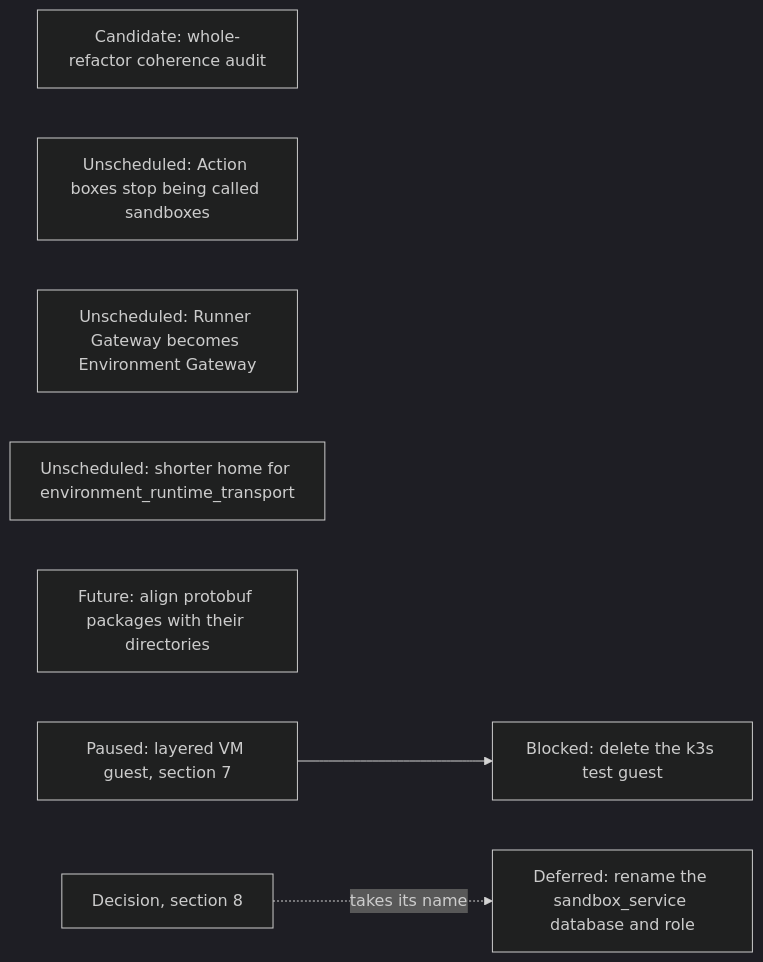
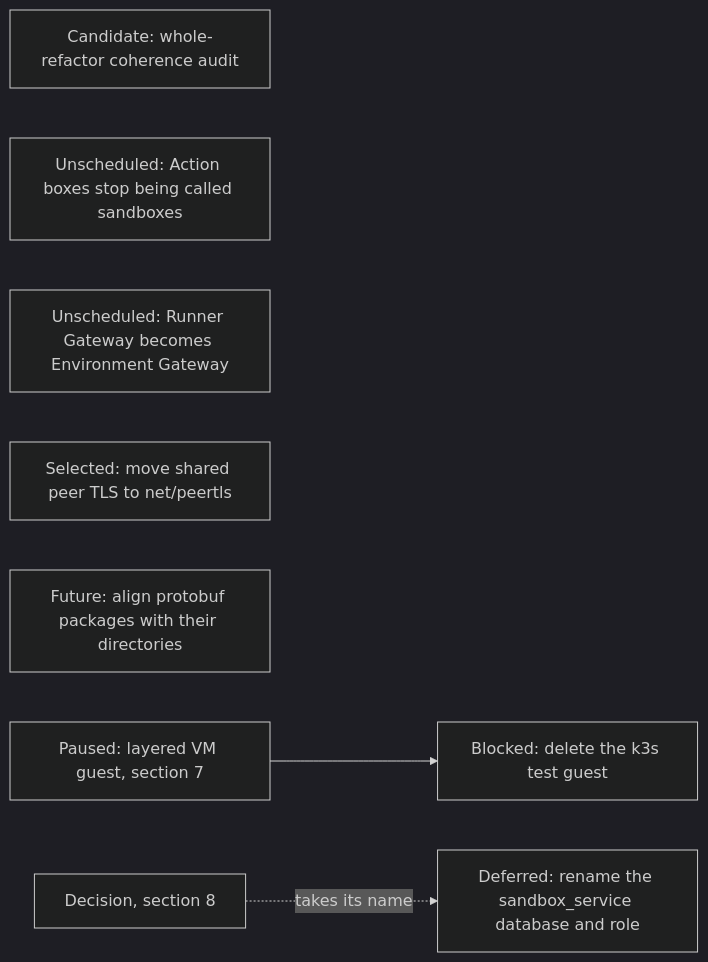
Diagram 17 of 18 in agentplane/plans/task_dag.md (agentydragon/ducktape), drawn with Mermaid (dark theme) before and after one commit. The commit also changed other lines of this file and 205 other files, not shown here.

Commit message:
agentplane: move shared peer TLS into net/peertls

````diff
--- a/agentplane/plans/task_dag.md
+++ b/agentplane/plans/task_dag.md
@@ -3678,10 +3678,10 @@
 ```mermaid
 flowchart LR
     REFACTOR_COHERENCE_AUDIT[Candidate: whole-refactor coherence audit]
     ACTION_BOX_RENAME[Unscheduled: Action boxes stop being called sandboxes]
     RUNNER_GATEWAY_RENAME[Unscheduled: Runner Gateway becomes Environment Gateway]
-    TRANSPORT_PACKAGE_RENAME[Unscheduled: shorter home for environment_runtime_transport]
+    TRANSPORT_PACKAGE_RENAME[Selected: move shared peer TLS to net/peertls]
     PROTO_PACKAGE_ALIGNMENT[Future: align protobuf packages with their directories]
     RUNNER_LAYERING_VM[Paused: layered VM guest, section 7] --> K3S_TEST_GUEST_RETIRE[Blocked: delete the k3s test guest]
     HISTORY_SERVICE_RENAME[Decision, section 8] -. takes its name .-> HISTORY_DATABASE_RENAME[Deferred: rename the sandbox_service database and role]
 ```
````
